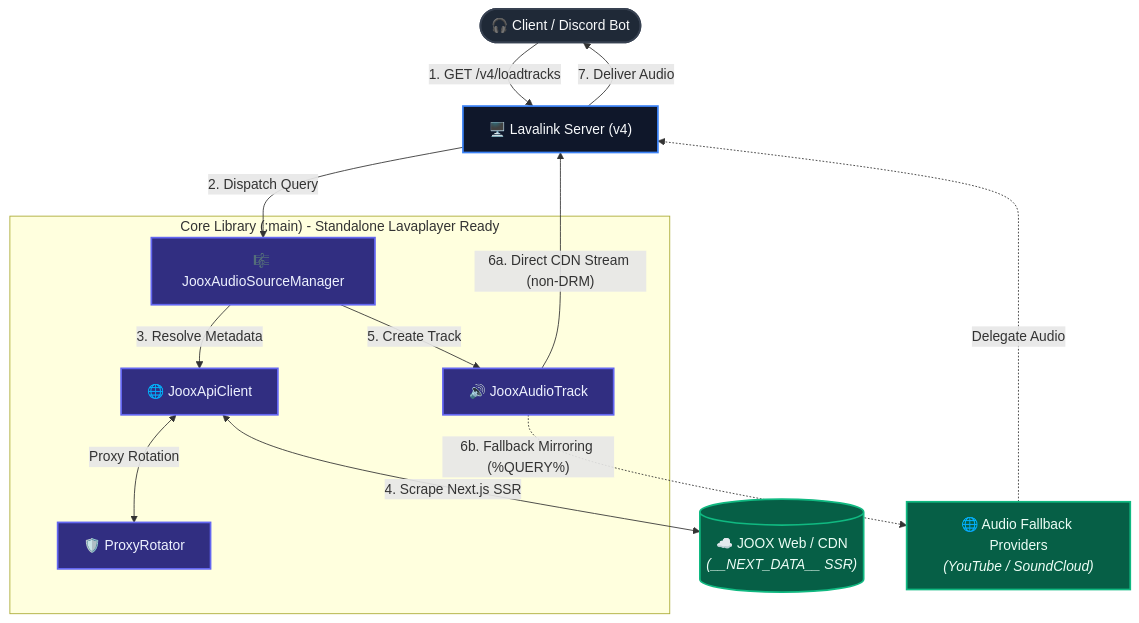
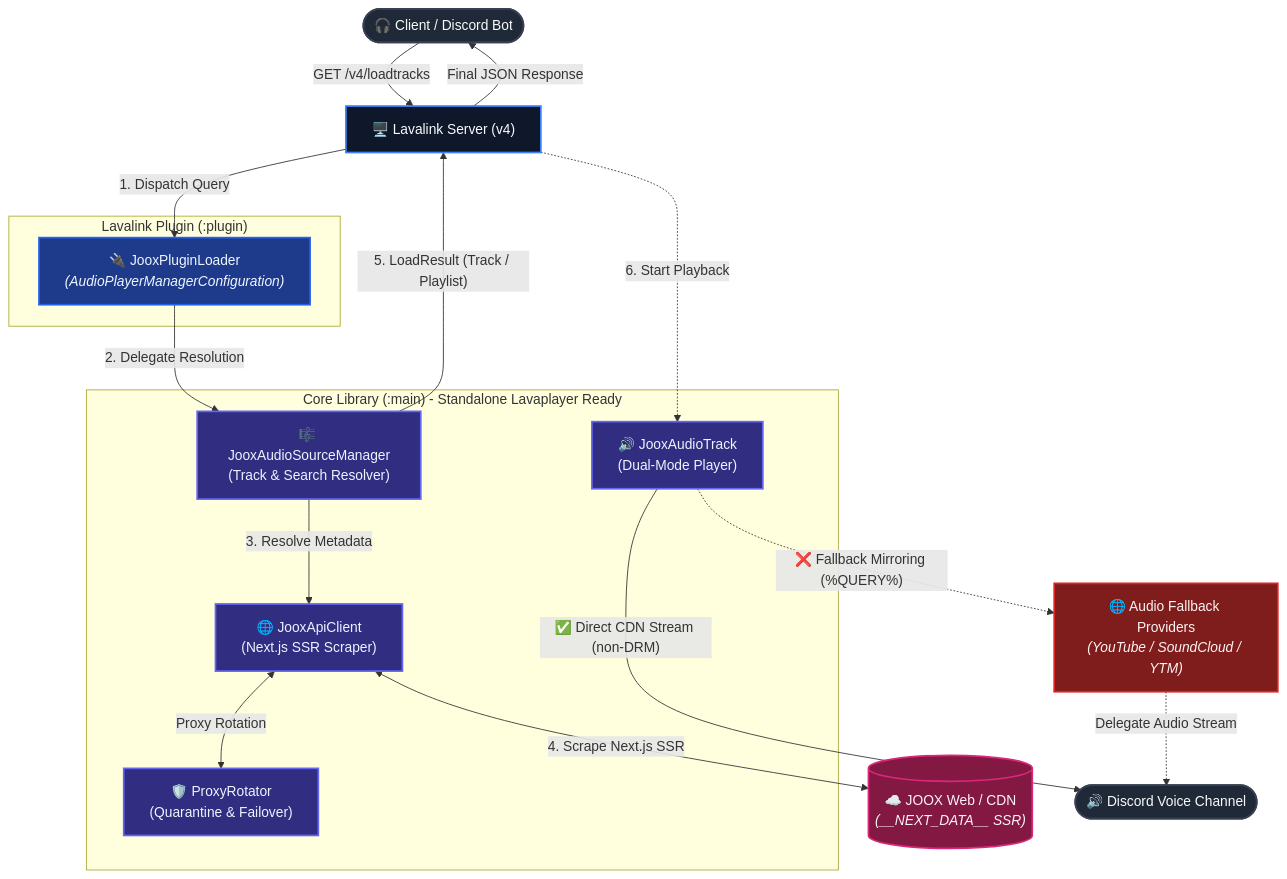
One commit to PeterGamez/JooxSource changed the diagram in README.md. Above: the diagram before and after it, drawn with Mermaid. The commit also changed other lines of this file, not shown here.

Commit message:
docs: update architecture flowchart and resilience details in README

````diff
--- a/README.md
+++ b/README.md
@@ -11,38 +11,54 @@
 ```mermaid
 flowchart TD
-    Client(["🎧 Client / Discord Bot"]) -->|"1. GET /v4/loadtracks"| LavalinkServer["🖥️ Lavalink Server (v4)"]
+    Client(["🎧 Client / Discord Bot"]) -->|"GET /v4/loadtracks"| LavalinkServer["🖥️ Lavalink Server (v4)"]
+
+    subgraph Plugin ["Lavalink Plugin (:plugin)"]
+        PluginLoader["🔌 JooxPluginLoader<br/><i>(AudioPlayerManagerConfiguration)</i>"]
+    end
 
     subgraph Core ["Core Library (:main) - Standalone Lavaplayer Ready"]
-        SourceManager["🎼 JooxAudioSourceManager"]
-        ApiClient["🌐 JooxApiClient"]
-        ProxyRotator["🛡️ ProxyRotator"]
-        AudioTrack["🔊 JooxAudioTrack"]
+        SourceManager["🎼 JooxAudioSourceManager<br/>(Track & Search Resolver)"]
+        ApiClient["🌐 JooxApiClient<br/>(Next.js SSR Scraper)"]
+        ProxyRotator["🛡️ ProxyRotator<br/>(Quarantine & Failover)"]
+        AudioTrack["🔊 JooxAudioTrack<br/>(Dual-Mode Player)"]
     end
 
     JooxWeb[("☁️ JOOX Web / CDN<br/><i>(__NEXT_DATA__ SSR)</i>")]
-    FallbackProviders["🌐 Audio Fallback Providers<br/><i>(YouTube / SoundCloud)</i>"]
+    FallbackProviders["🌐 Audio Fallback Providers<br/><i>(YouTube / SoundCloud / YTM)</i>"]
+    VoiceChannel(["🔊 Discord Voice Channel"])
 
-    %% Request & Metadata Flow
-    LavalinkServer -->|"2. Dispatch Query"| SourceManager
+    %% Request & Metadata Resolution Flow
+    LavalinkServer -->|"1. Dispatch Query"| PluginLoader
+    PluginLoader -->|"2. Delegate Resolution"| SourceManager
     SourceManager -->|"3. Resolve Metadata"| ApiClient
     ApiClient <-->|"Proxy Rotation"| ProxyRotator
     ApiClient <-->|"4. Scrape Next.js SSR"| JooxWeb
-    SourceManager -->|"5. Create Track"| AudioTrack
+    SourceManager -->|"5. LoadResult (Track / Playlist)"| LavalinkServer
+    LavalinkServer -->|"Final JSON Response"| Client
 
-    %% Playback Flow (Dual-Mode)
-    AudioTrack -->|"6a. Direct CDN Stream (non-DRM)"| LavalinkServer
-    AudioTrack -.->|"6b. Fallback Mirroring (%QUERY%)"| FallbackProviders
-    FallbackProviders -.->|"Delegate Audio"| LavalinkServer
-    LavalinkServer -->|"7. Deliver Audio"| Client
+    %% Playback Execution Flow (Dual-Mode)
+    LavalinkServer -.->|"6. Start Playback"| AudioTrack
+
+    %% Direct CDN Stream Branch
+    AudioTrack -->|"✅ Direct CDN Stream (non-DRM)"| VoiceChannel
+
+    %% Fallback Mirroring Branch
+    AudioTrack -.->|"❌ Fallback Mirroring (%QUERY%)"| FallbackProviders
+    FallbackProviders -.->|"Delegate Audio Stream"| VoiceChannel
 
     %% Custom Styling
     classDef clientNode fill:#1f2937,stroke:#374151,stroke-width:2px,color:#f9fafb;
     classDef serverNode fill:#0f172a,stroke:#3b82f6,stroke-width:2px,color:#f8fafc;
+    classDef hitNode fill:#064e3b,stroke:#059669,stroke-width:2px,color:#ecfdf5;
+    classDef missNode fill:#7f1d1d,stroke:#dc2626,stroke-width:2px,color:#fef2f2;
+    classDef serviceNode fill:#1e3a8a,stroke:#2563eb,stroke-width:2px,color:#eff6ff;
+    classDef dbNode fill:#831843,stroke:#db2777,stroke-width:2px,color:#fdf2f8;
     classDef coreNode fill:#312e81,stroke:#6366f1,stroke-width:2px,color:#eef2ff;
-    classDef cloudNode fill:#065f46,stroke:#10b981,stroke-width:2px,color:#ecfdf5;
 
-    class Client clientNode;
+    class Client,VoiceChannel clientNode;
     class LavalinkServer serverNode;
+    class PluginLoader serviceNode;
+    class FallbackProviders missNode;
     class SourceManager,ApiClient,ProxyRotator,AudioTrack coreNode;
-    class JooxWeb,FallbackProviders cloudNode;
+    class JooxWeb dbNode;
 ```
````
